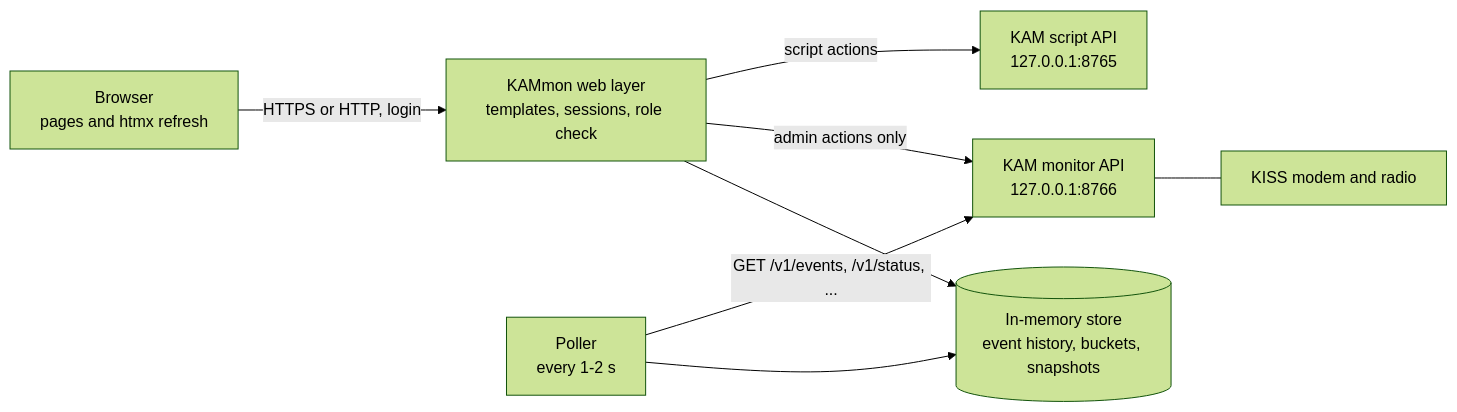
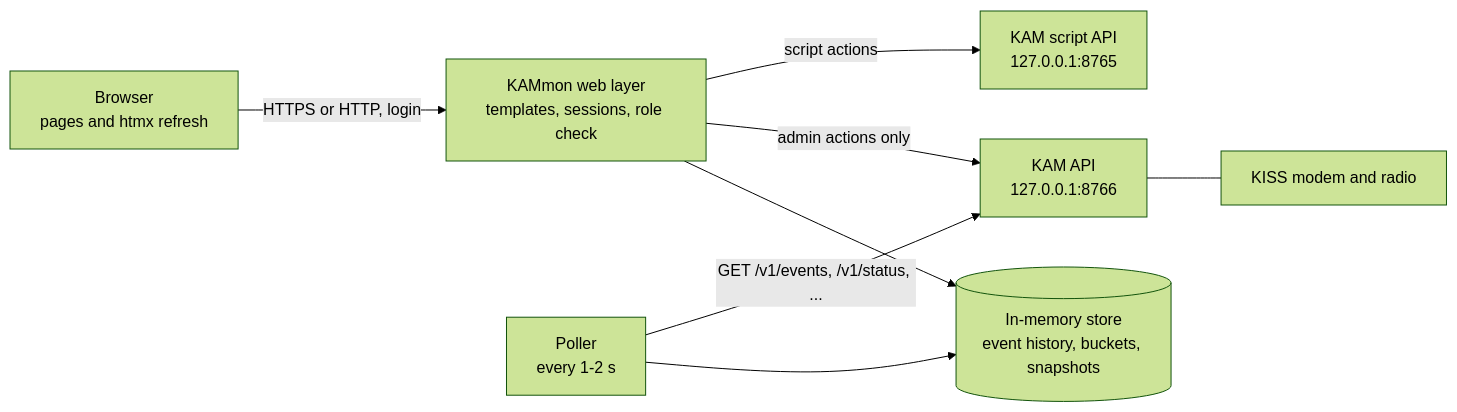
Before and after one commit to MauriceKremer/kam: the diagram in tmp/KAMmon_Design.md, drawn with Mermaid (forest theme). The commit also changed other lines of this file and 15 other files, not shown here.

First line of the commit message:
docs(api): replace FeatureMonitorApi with the unified FeatureKamApi

````diff
--- a/tmp/KAMmon_Design.md
+++ b/tmp/KAMmon_Design.md
@@ -31,10 +31,10 @@
 ```mermaid
 flowchart LR
     Browser["Browser<br/>pages and htmx refresh"] -->|"HTTPS or HTTP, login"| Web["KAMmon web layer<br/>templates, sessions, role check"]
     Web --> Store[("In-memory store<br/>event history, buckets, snapshots")]
     Poller["Poller<br/>every 1-2 s"] --> Store
-    Poller -->|"GET /v1/events, /v1/status, ..."| KAM["KAM monitor API<br/>127.0.0.1:8766"]
+    Poller -->|"GET /v1/events, /v1/status, ..."| KAM["KAM API<br/>127.0.0.1:8766"]
     Web -->|"admin actions only"| KAM
     Web -->|"script actions"| Scripts["KAM script API<br/>127.0.0.1:8765"]
     KAM --- Radio["KISS modem and radio"]
 ```
````
